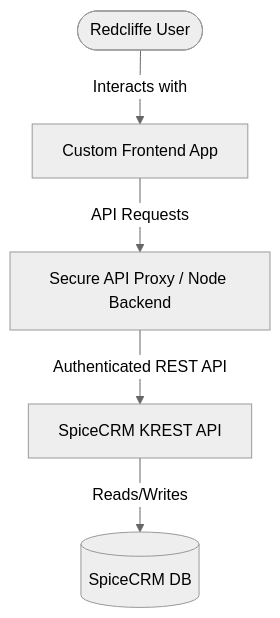
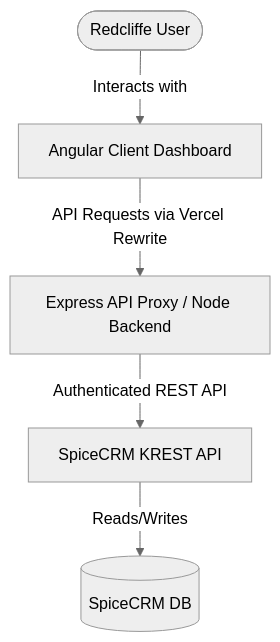
Before and after one commit to RichardCraven/redcliffe.rct: the second of 2 diagrams in process documentation.md, drawn with Mermaid (neutral theme). The commit also changed other lines of this file and 8 other files, not shown here.

````diff
--- a/process documentation.md
+++ b/process documentation.md
@@ -94,7 +91,7 @@
 ```mermaid
 graph TD
-    User([Redcliffe User]) -->|Interacts with| Frontend[Custom Frontend App]
-    Frontend -->|API Requests| Proxy[Secure API Proxy / Node Backend]
+    User([Redcliffe User]) -->|Interacts with| Frontend[Angular Client Dashboard]
+    Frontend -->|API Requests via Vercel Rewrite| Proxy[Express API Proxy / Node Backend]
     Proxy -->|Authenticated REST API| SpiceCRM[SpiceCRM KREST API]
     SpiceCRM -->|Reads/Writes| DB[(SpiceCRM DB)]
 ```
````
